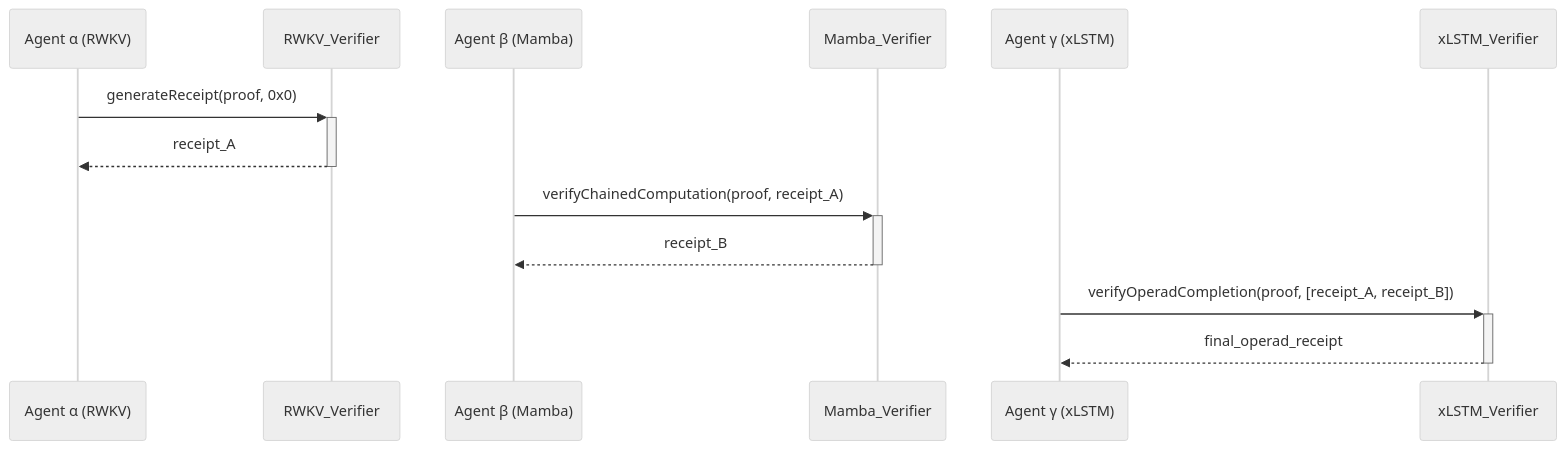
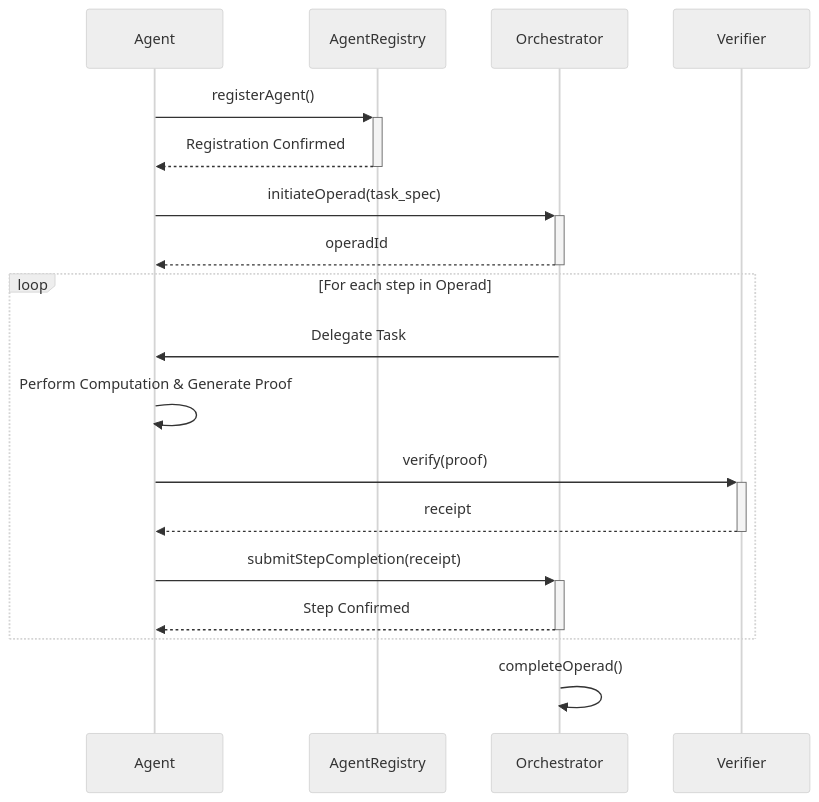
The second of 2 diagrams in README.md (bmorphism/ezkl-ethglobal2025), drawn with Mermaid (neutral theme) before and after one commit. The commit also changed other lines of this file and 6 other files, not shown here.

````diff
--- a/README.md
+++ b/README.md
@@ -45,18 +56,24 @@
 ```mermaid
 sequenceDiagram
-    participant Agent_Alpha as Agent α (RWKV)
-    participant RWKV_Verifier
-    participant Agent_Beta as Agent β (Mamba)
-    participant Mamba_Verifier
-    participant Agent_Gamma as Agent γ (xLSTM)
-    participant xLSTM_Verifier
+    participant Agent
+    participant AgentRegistry
+    participant Orchestrator
+    participant Verifier
 
-    Agent_Alpha->>+RWKV_Verifier: generateReceipt(proof, 0x0)
-    RWKV_Verifier-->>-Agent_Alpha: receipt_A
+    Agent->>+AgentRegistry: registerAgent()
+    AgentRegistry-->>-Agent: Registration Confirmed
 
-    Agent_Beta->>+Mamba_Verifier: verifyChainedComputation(proof, receipt_A)
-    Mamba_Verifier-->>-Agent_Beta: receipt_B
+    Agent->>+Orchestrator: initiateOperad(task_spec)
+    Orchestrator-->>-Agent: operadId
 
-    Agent_Gamma->>+xLSTM_Verifier: verifyOperadCompletion(proof, [receipt_A, receipt_B])
-    xLSTM_Verifier-->>-Agent_Gamma: final_operad_receipt
+    loop For each step in Operad
+        Orchestrator->>Agent: Delegate Task
+        Agent->>Agent: Perform Computation & Generate Proof
+        Agent->>+Verifier: verify(proof)
+        Verifier-->>-Agent: receipt
+        Agent->>+Orchestrator: submitStepCompletion(receipt)
+        Orchestrator-->>-Agent: Step Confirmed
+    end
+    
+    Orchestrator->>Orchestrator: completeOperad()
 ```
````
